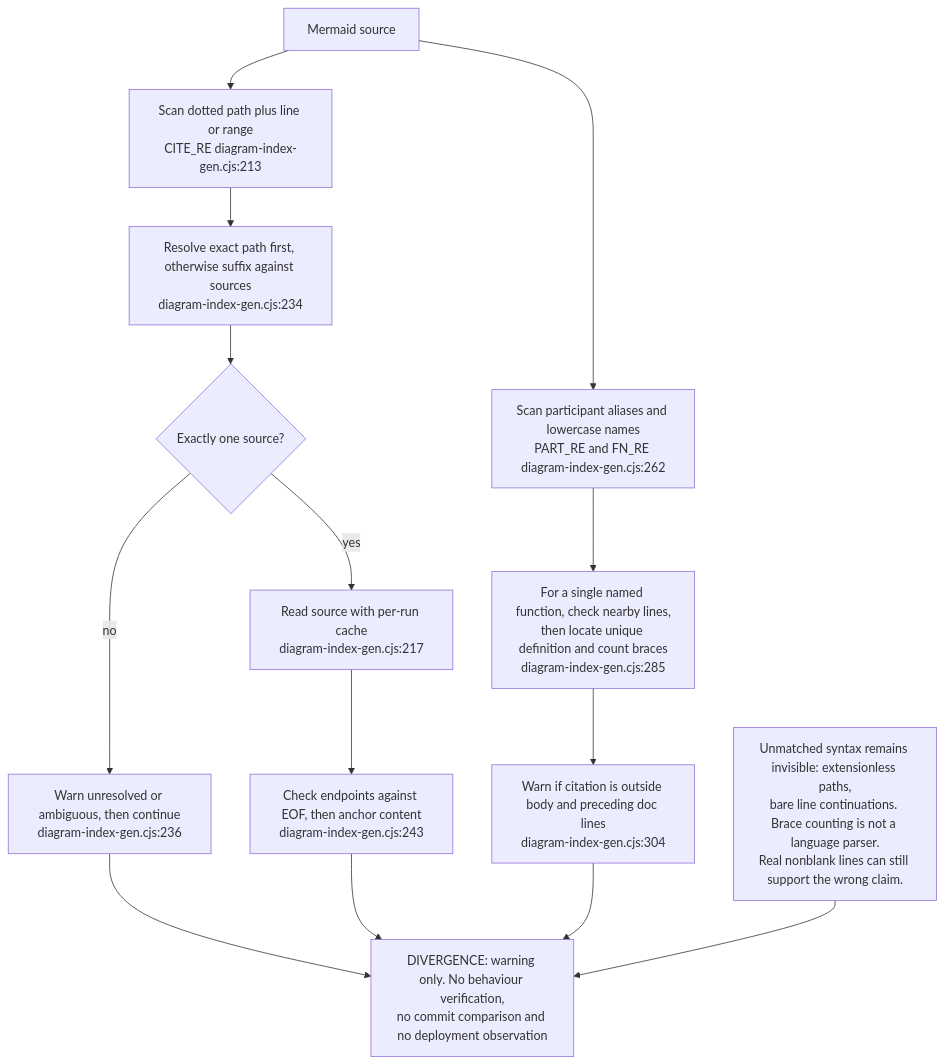
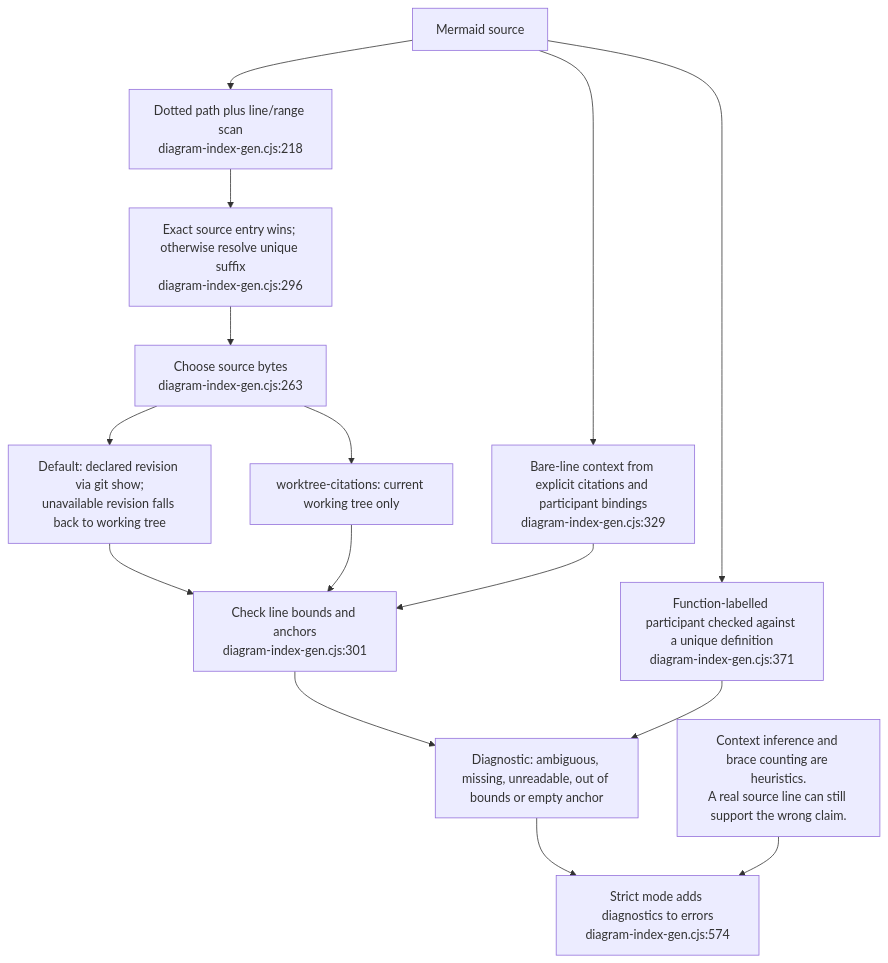
One commit to DreamLab-AI/VisionFlow changed the tenth of 13 diagrams in docs/diagrams/visionflow/06-diagram-tooling.md. Above: the diagram before and after it, drawn with Mermaid. The commit also changed other lines of this file and 20 other files, not shown here.

````diff
--- a/docs/diagrams/visionflow/06-diagram-tooling.md
+++ b/docs/diagrams/visionflow/06-diagram-tooling.md
@@ -317,16 +315,17 @@
 ```mermaid
 flowchart TB
-    A["Mermaid source"] --> RE["Scan dotted path plus line or range<br/>CITE_RE diagram-index-gen.cjs:213"]
-    RE --> MATCH["Resolve exact path first, otherwise suffix against sources<br/>diagram-index-gen.cjs:234"]
-    MATCH --> COUNT{"Exactly one source?"}
-    COUNT -->|no| WARN["Warn unresolved or ambiguous, then continue<br/>diagram-index-gen.cjs:236"]
-    COUNT -->|yes| READ["Read source with per-run cache<br/>diagram-index-gen.cjs:217"]
-    READ --> LINE["Check endpoints against EOF, then anchor content<br/>diagram-index-gen.cjs:243"]
-    A --> PART["Scan participant aliases and lowercase names<br/>PART_RE and FN_RE diagram-index-gen.cjs:262"]
-    PART --> FN["For a single named function, check nearby lines,<br/>then locate unique definition and count braces<br/>diagram-index-gen.cjs:285"]
-    FN --> SPAN["Warn if citation is outside body and preceding doc lines<br/>diagram-index-gen.cjs:304"]
-    WARN --> LIMIT["DIVERGENCE: warning only. No behaviour verification,<br/>no commit comparison and no deployment observation"]
-    LINE --> LIMIT
-    SPAN --> LIMIT
-    BLIND["Unmatched syntax remains invisible: extensionless paths,<br/>bare line continuations. Brace counting is not a language parser.<br/>Real nonblank lines can still support the wrong claim."] --> LIMIT
+    A["Mermaid source"] --> SCAN["Dotted path plus line/range scan<br/>diagram-index-gen.cjs:218"]
+    SCAN --> MATCH["Exact source entry wins; otherwise resolve unique suffix<br/>diagram-index-gen.cjs:296"]
+    MATCH --> MODE["Choose source bytes<br/>diagram-index-gen.cjs:263"]
+    MODE --> PIN["Default: declared revision via git show;<br/>unavailable revision falls back to working tree"]
+    MODE --> WT["worktree-citations: current working tree only"]
+    PIN --> READ["Check line bounds and anchors<br/>diagram-index-gen.cjs:301"]
+    WT --> READ
+    A --> BARE["Bare-line context from explicit citations and participant bindings<br/>diagram-index-gen.cjs:329"]
+    BARE --> READ
+    A --> SYMBOL["Function-labelled participant checked against a unique definition<br/>diagram-index-gen.cjs:371"]
+    READ --> DIAG["Diagnostic: ambiguous, missing, unreadable, out of bounds or empty anchor"]
+    SYMBOL --> DIAG
+    DIAG --> EXIT["Strict mode adds diagnostics to errors<br/>diagram-index-gen.cjs:574"]
+    LIMIT["Context inference and brace counting are heuristics.<br/>A real source line can still support the wrong claim."] --> EXIT
 ```
````
